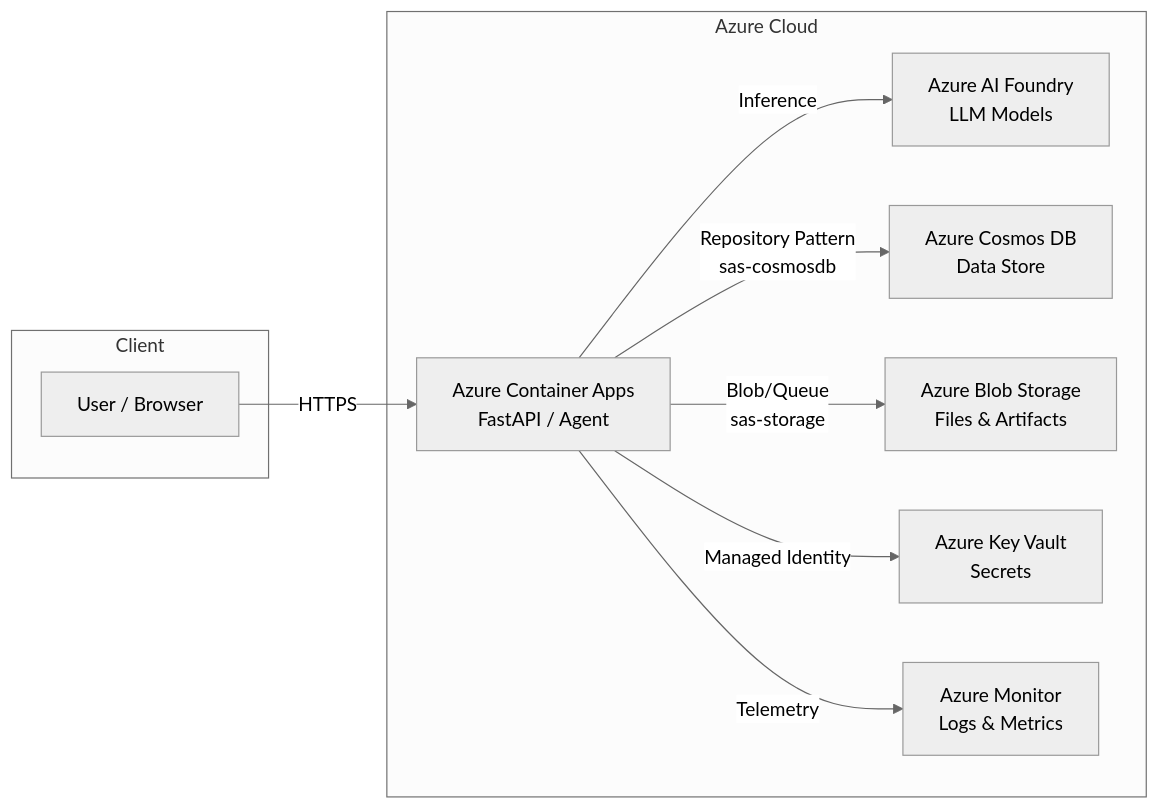
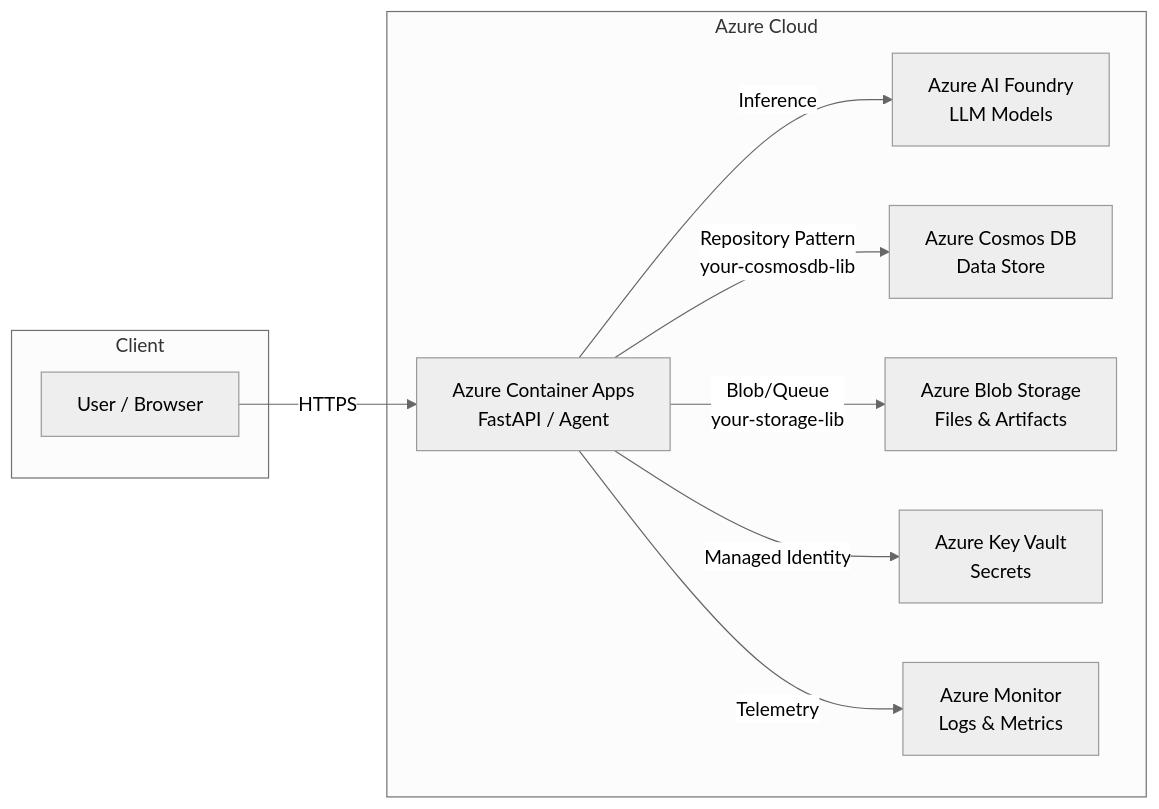
One commit to Dongbumlee/sdlc-harness changed the diagram in .design/README.template.md. Above: the diagram before and after it, drawn with Mermaid (neutral theme). The commit also changed other lines of this file and 63 other files, not shown here.

````diff
--- a/.design/README.template.md
+++ b/.design/README.template.md
@@ -52,22 +52,22 @@
 ```mermaid
 flowchart LR
     subgraph Client
         A[User / Browser]
     end
 
     subgraph Azure["Azure Cloud"]
         B[Azure Container Apps<br/>FastAPI / Agent]
         C[Azure AI Foundry<br/>LLM Models]
         D[Azure Cosmos DB<br/>Data Store]
         E[Azure Blob Storage<br/>Files & Artifacts]
         F[Azure Key Vault<br/>Secrets]
         G[Azure Monitor<br/>Logs & Metrics]
     end
 
     A -->|HTTPS| B
     B -->|Inference| C
-    B -->|Repository Pattern<br/>sas-cosmosdb| D
-    B -->|Blob/Queue<br/>sas-storage| E
+    B -->|Repository Pattern<br/>your-cosmosdb-lib| D
+    B -->|Blob/Queue<br/>your-storage-lib| E
     B -->|Managed Identity| F
     B -->|Telemetry| G
 ```
````
